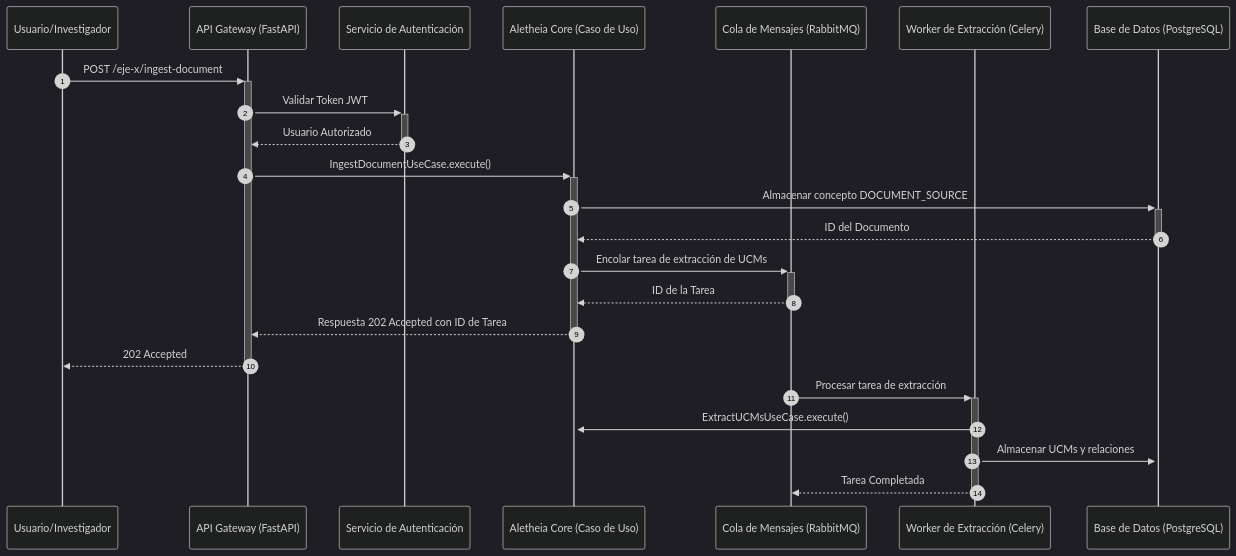
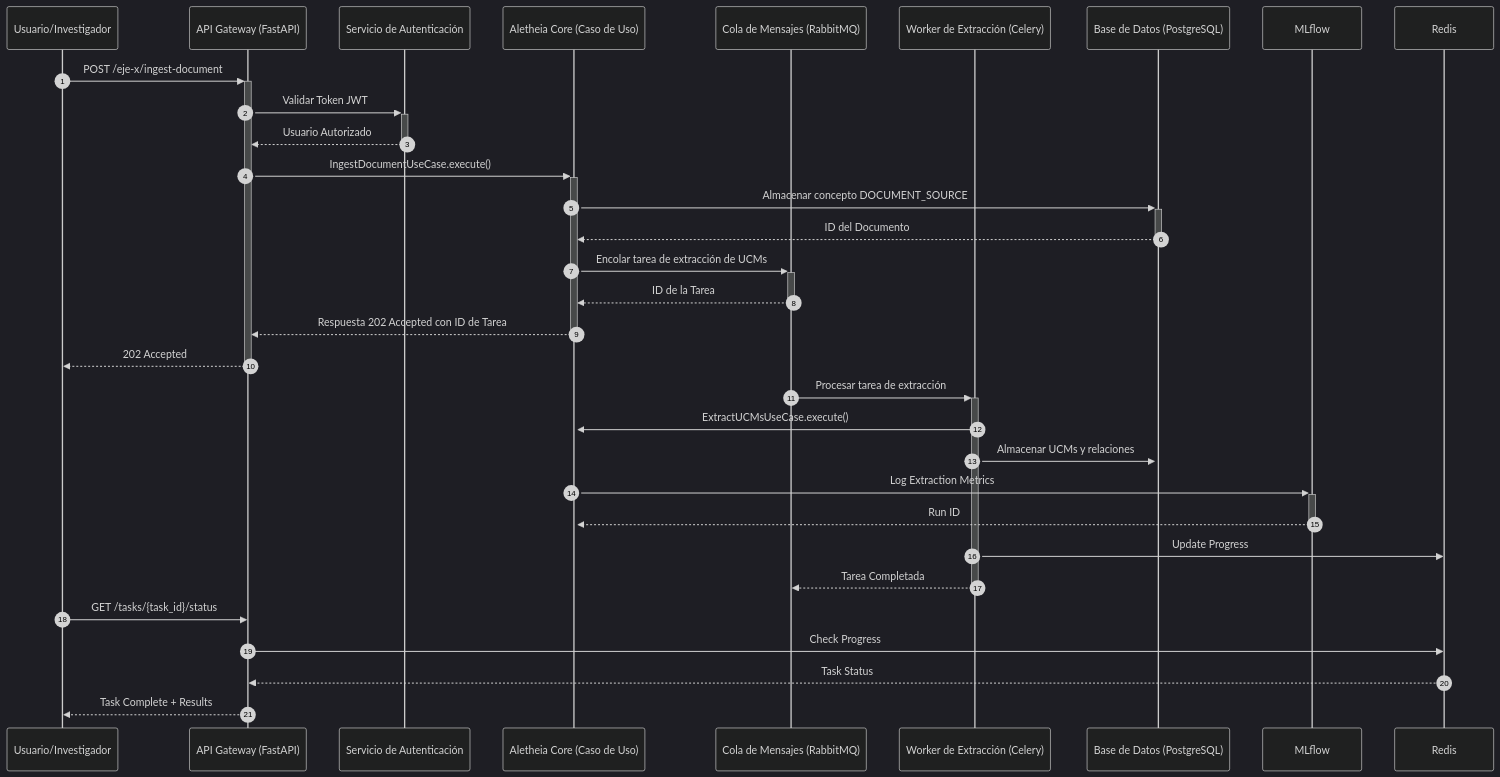
One commit to SunNeurotron/Aletheia changed the fourth of 5 diagrams in README.md. Above: the diagram before and after it, drawn with Mermaid (dark theme). The commit also changed other lines of this file, not shown here.

````diff
--- a/README.md
+++ b/README.md
@@ -239,26 +338,40 @@
 ```mermaid
 sequenceDiagram
     autonumber
     participant User as Usuario/Investigador
     participant API as API Gateway (FastAPI)
     participant Auth as Servicio de Autenticación
     participant Core as Aletheia Core (Caso de Uso)
     participant Queue as Cola de Mensajes (RabbitMQ)
     participant Worker as Worker de Extracción (Celery)
     participant DB as Base de Datos (PostgreSQL)
+    participant ML as MLflow
+    participant Cache as Redis
 
     User->>+API: POST /eje-x/ingest-document
     API->>+Auth: Validar Token JWT
     Auth-->>-API: Usuario Autorizado
+
     API->>+Core: IngestDocumentUseCase.execute()
     Core->>+DB: Almacenar concepto DOCUMENT_SOURCE
     DB-->>-Core: ID del Documento
+
     Core->>+Queue: Encolar tarea de extracción de UCMs
     Queue-->>-Core: ID de la Tarea
     Core-->>-API: Respuesta 202 Accepted con ID de Tarea
     API-->>-User: 202 Accepted
+
     Queue->>+Worker: Procesar tarea de extracción
     Worker->>+Core: ExtractUCMsUseCase.execute()
     Worker->>+DB: Almacenar UCMs y relaciones
+    Core->>+ML: Log Extraction Metrics
+    ML-->>-Core: Run ID
+
+    Worker->>Cache: Update Progress
     Worker-->>-Queue: Tarea Completada
+
+    User->>API: GET /tasks/{task_id}/status
+    API->>Cache: Check Progress
+    Cache-->>API: Task Status
+    API-->>User: Task Complete + Results
 ```
````
